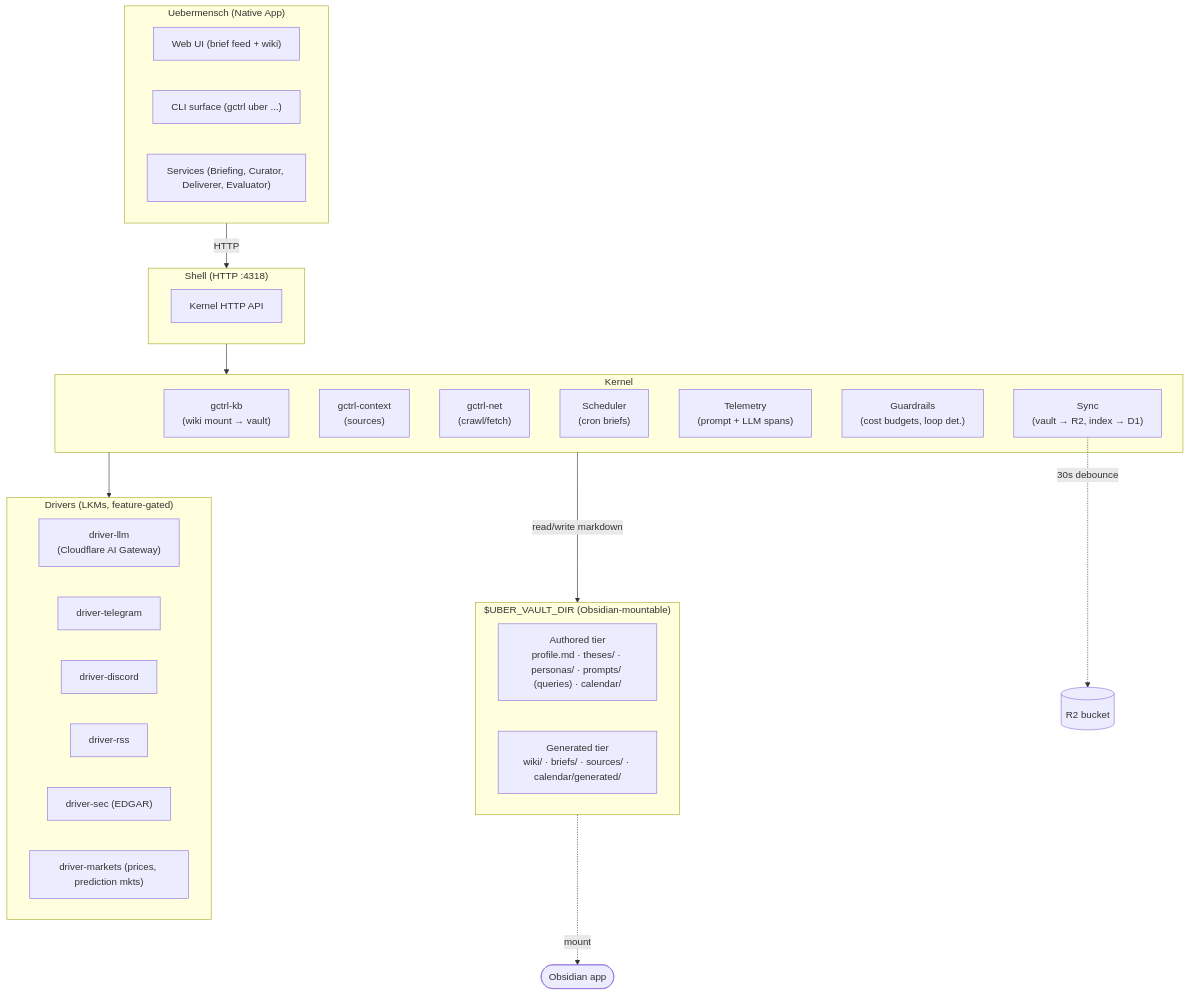
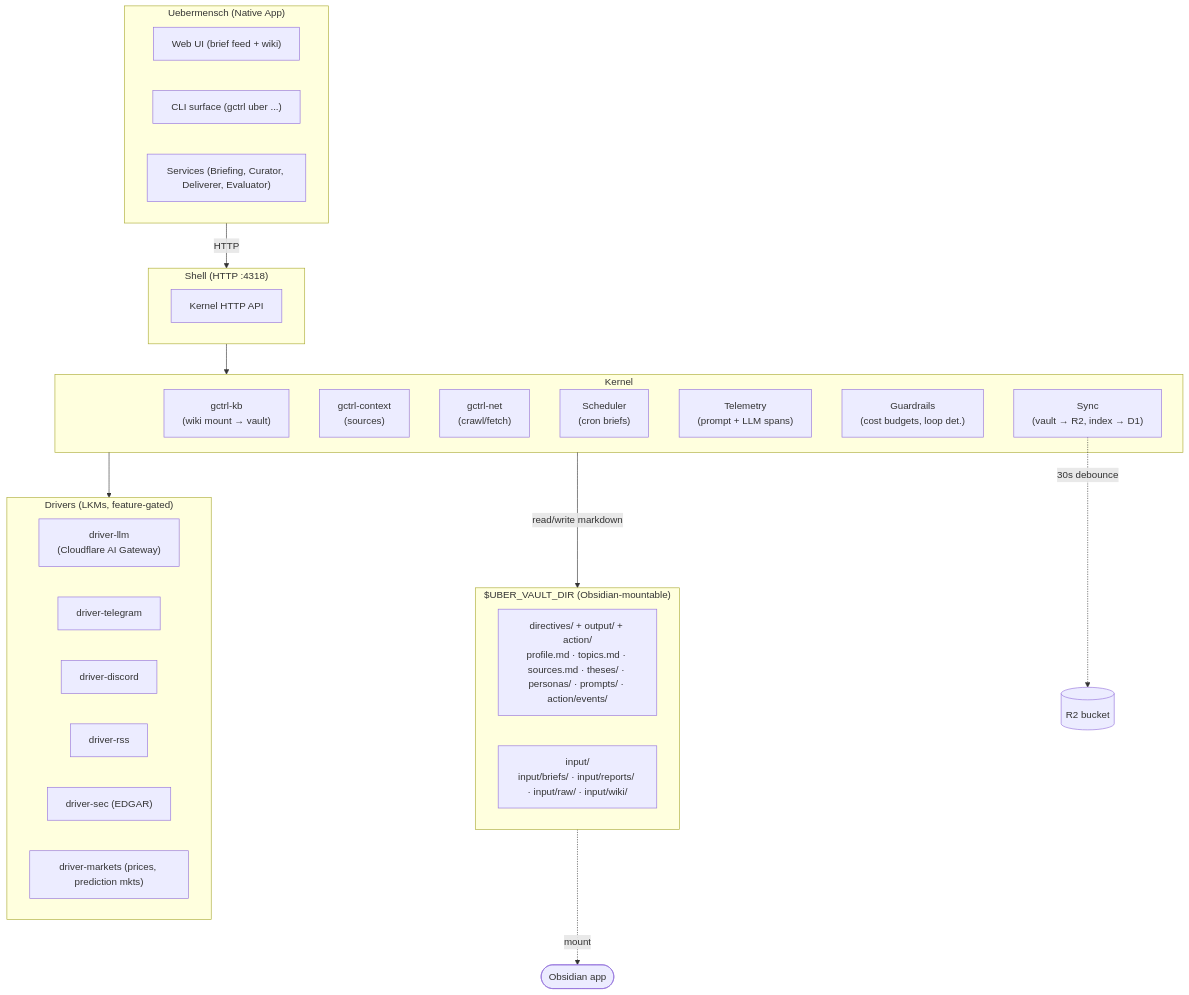
Before and after one commit to OpenHackersClub/gctrl: the diagram in apps/uebermensch/PRD.md, drawn with Mermaid. The commit also changed other lines of this file and 60 other files, not shown here.

First line of the commit message:
feat(uebermensch): four-root vault layout (directives/input/output/action)

````diff
--- a/apps/uebermensch/PRD.md
+++ b/apps/uebermensch/PRD.md
@@ -11,40 +11,40 @@
 ```mermaid
 flowchart TB
   subgraph App["Uebermensch (Native App)"]
     UI["Web UI (brief feed + wiki)"]
     CLI["CLI surface (gctrl uber ...)"]
     Svc["Services (Briefing, Curator, Deliverer, Evaluator)"]
   end
   subgraph Vault["$UBER_VAULT_DIR (Obsidian-mountable)"]
     direction LR
-    Authored["Authored tier\nprofile.md · theses/ · personas/ · prompts/ (queries) · calendar/"]
-    Generated["Generated tier\nwiki/ · briefs/ · sources/ · calendar/generated/"]
+    Authored["directives/ + output/ + action/\nprofile.md · topics.md · sources.md · theses/ · personas/ · prompts/ · action/events/"]
+    Generated["input/\ninput/briefs/ · input/reports/ · input/raw/ · input/wiki/"]
   end
   subgraph Shell["Shell (HTTP :4318)"]
     direction LR
     HTTP["Kernel HTTP API"]
   end
   subgraph Kernel["Kernel"]
     KB["gctrl-kb\n(wiki mount → vault)"]
     Ctx["gctrl-context\n(sources)"]
     Net["gctrl-net\n(crawl/fetch)"]
     Sched["Scheduler\n(cron briefs)"]
     OTel["Telemetry\n(prompt + LLM spans)"]
     Guard["Guardrails\n(cost budgets, loop det.)"]
     Sync["Sync\n(vault → R2, index → D1)"]
   end
   subgraph Drivers["Drivers (LKMs, feature-gated)"]
     Llm["driver-llm\n(Cloudflare AI Gateway)"]
     Tg["driver-telegram"]
     Dc["driver-discord"]
     Rss["driver-rss"]
     Sec["driver-sec (EDGAR)"]
     Mkt["driver-markets (prices, prediction mkts)"]
   end
   App -->|HTTP| Shell
   Shell --> Kernel
   Kernel -->|read/write markdown| Vault
   Kernel --> Drivers
   Sync -.->|30s debounce| R2[("R2 bucket")]
   Vault -.->|mount| Obsidian(["Obsidian app"])
 ```
````
